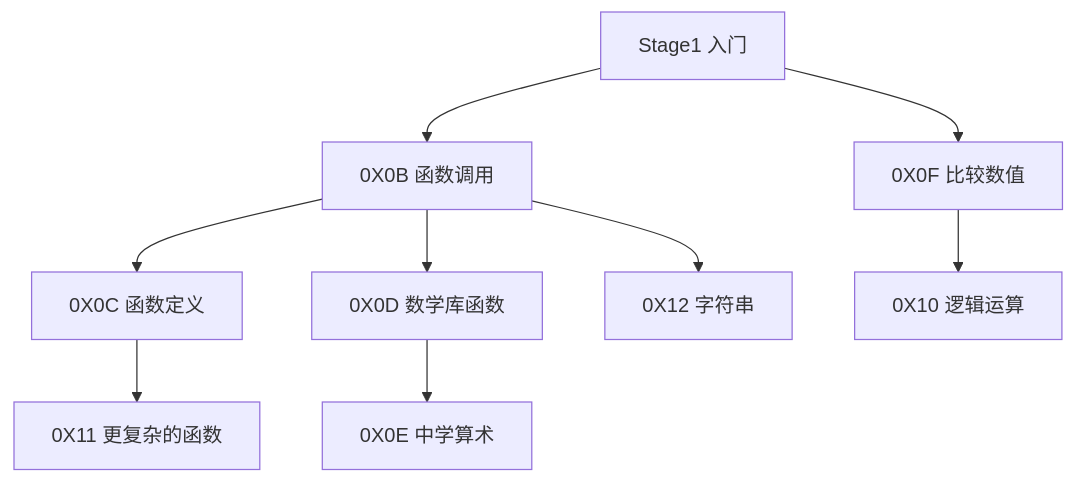
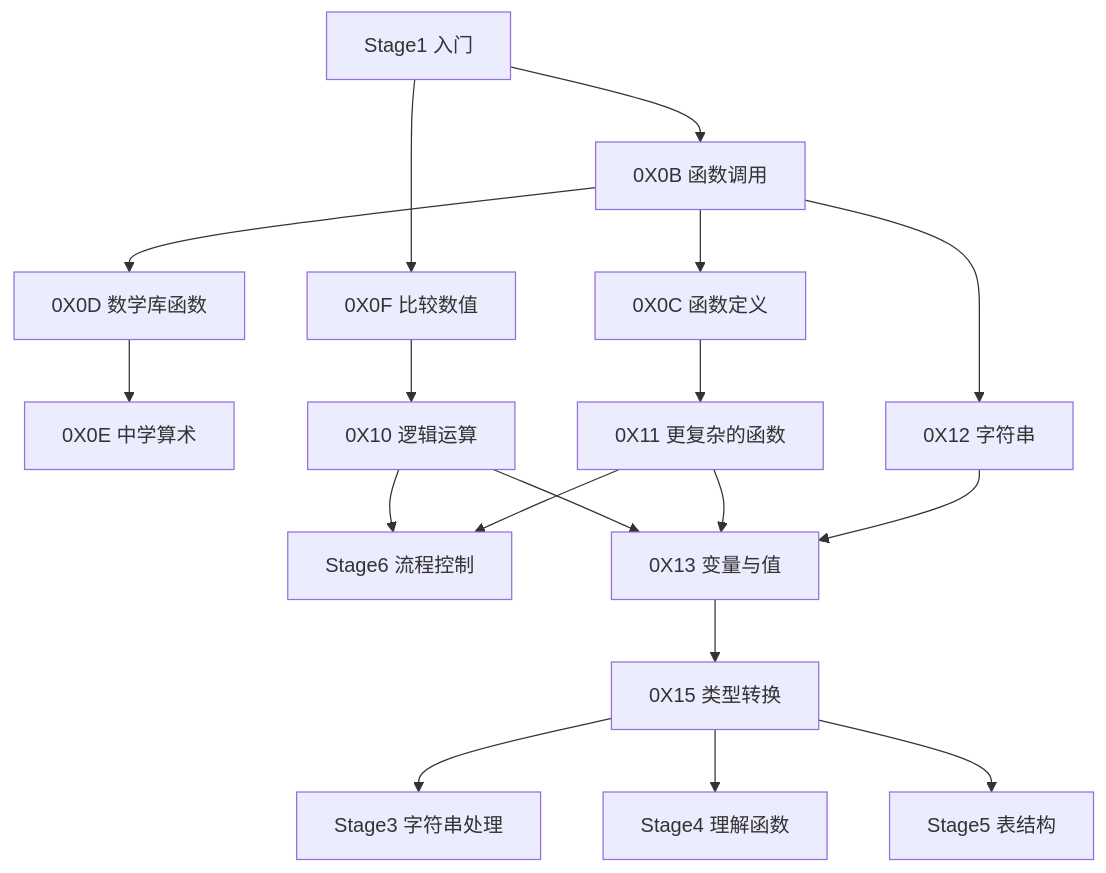
One commit to ZhiZe-ZG/TXLuaLesson changed the fourth of 8 diagrams in 目录.md. Above: the diagram before and after it, drawn with Mermaid. The commit also changed other lines of this file and 12 other files, not shown here.

````diff
--- a/目录.md
+++ b/目录.md
@@ -82,21 +82,36 @@
 ```mermaid
 graph TD;
     S1[Stage1 入门]
+    S3[Stage3 字符串处理]
+    S4[Stage4 理解函数]
+    S5[Stage5 表结构]
+    S6[Stage6 流程控制]
     C0B[0X0B 函数调用]
     C0C[0X0C 函数定义]
     C0D[0X0D 数学库函数]
     C0E[0X0E 中学算术]
     C0F[0X0F 比较数值]
     C10[0X10 逻辑运算]
     C11[0X11 更复杂的函数]
     C12[0X12 字符串]
+    C13[0X13 变量与值]
+    C15[0X15 类型转换]
 
     S1-->C0B
     C0B-->C0C
     C0B-->C0D
     C0D-->C0E
     S1-->C0F
     C0F-->C10
     C0C-->C11
     C0B-->C12
+    C10-->C13
+    C11-->C13
+    C12-->C13
+    C10-->S6
+    C11-->S6
+    C13-->C15
+    C15-->S3
+    C15-->S4
+    C15-->S5
 ```
````
